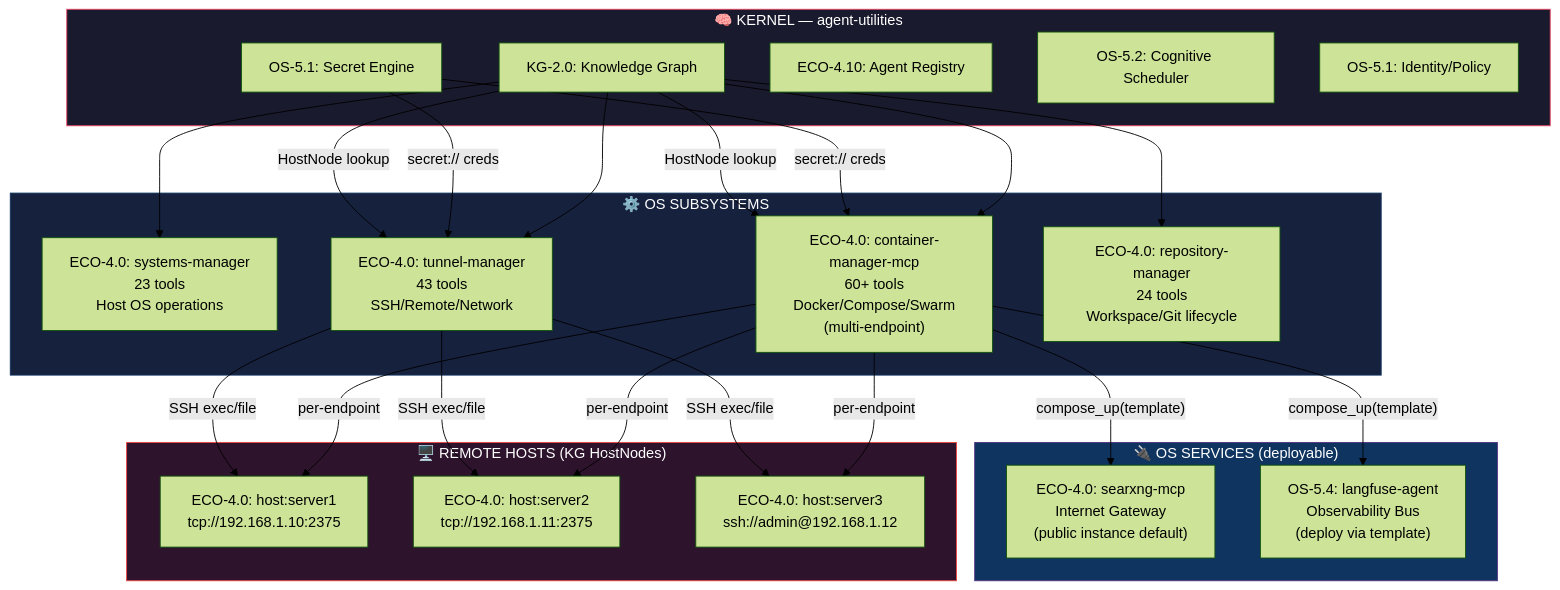
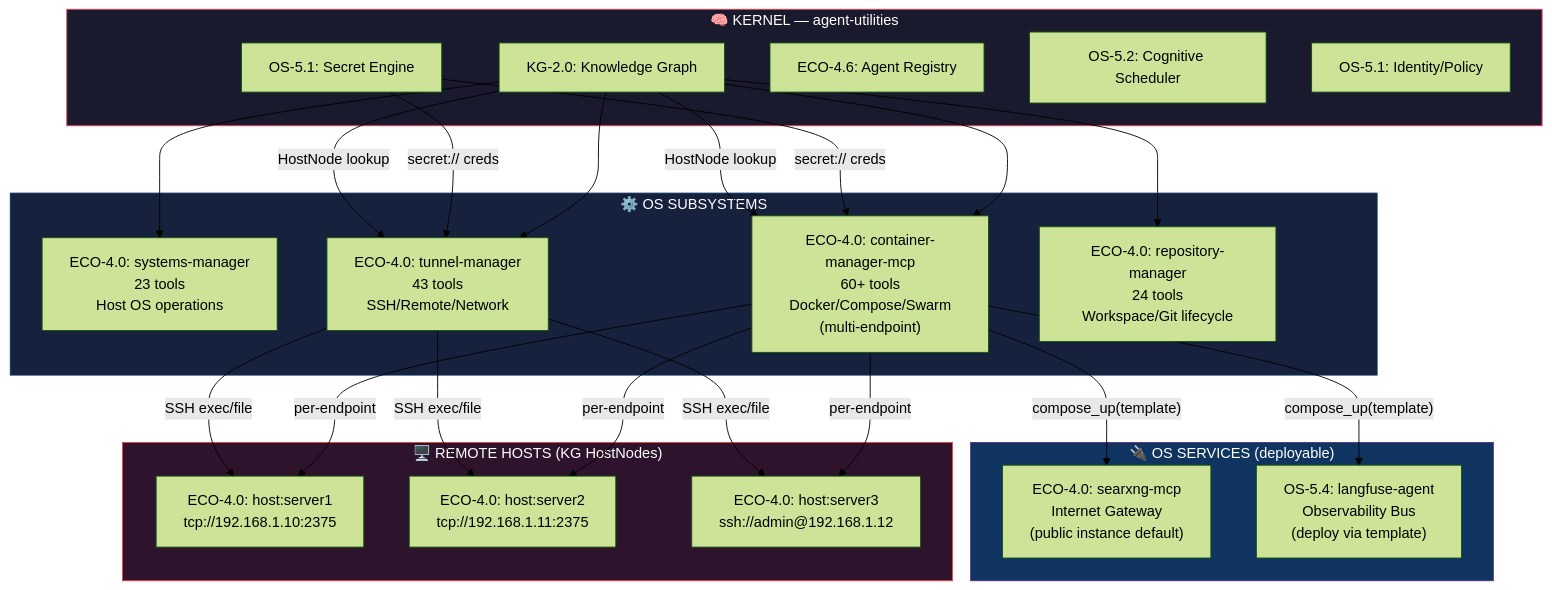
Before and after one commit to Knuckles-Team/agent-utilities: the first of 5 diagrams in docs/guides/agent-os-architecture.md, drawn with Mermaid (forest theme). The commit also changed other lines of this file and 556 other files, not shown here.

````diff
--- a/docs/guides/agent-os-architecture.md
+++ b/docs/guides/agent-os-architecture.md
@@ -11,41 +11,41 @@
 ```mermaid
 graph TB
     subgraph KERNEL["🧠 KERNEL — agent-utilities"]
         KG[KG-2.0: Knowledge Graph]
         SEC[OS-5.1: Secret Engine]
-        REG[ECO-4.10: Agent Registry]
+        REG[ECO-4.6: Agent Registry]
         SCHED[OS-5.2: Cognitive Scheduler]
         ID[OS-5.1: Identity/Policy]
     end
 
     subgraph OS_LAYER["⚙️ OS SUBSYSTEMS"]
         SM["ECO-4.0: systems-manager\n23 tools\nHost OS operations"]
         CM["ECO-4.0: container-manager-mcp\n60+ tools\nDocker/Compose/Swarm\n(multi-endpoint)"]
         TM["ECO-4.0: tunnel-manager\n43 tools\nSSH/Remote/Network"]
         RM["ECO-4.0: repository-manager\n24 tools\nWorkspace/Git lifecycle"]
     end
 
     subgraph OS_SERVICES["🔌 OS SERVICES (deployable)"]
         SX["ECO-4.0: searxng-mcp\nInternet Gateway\n(public instance default)"]
         LF["OS-5.4: langfuse-agent\nObservability Bus\n(deploy via template)"]
     end
 
     subgraph HOSTS["🖥️ REMOTE HOSTS (KG HostNodes)"]
         H1["ECO-4.0: host:server1\ntcp://192.168.1.10:2375"]
         H2["ECO-4.0: host:server2\ntcp://192.168.1.11:2375"]
         H3["ECO-4.0: host:server3\nssh://admin@192.168.1.12"]
     end
 
     KG --> SM & CM & TM & RM
     SEC -->|"secret:// creds"| TM & CM
     KG -->|HostNode lookup| CM
     KG -->|HostNode lookup| TM
     CM -->|"per-endpoint"| H1 & H2 & H3
     TM -->|"SSH exec/file"| H1 & H2 & H3
     CM -->|"compose_up(template)"| SX & LF
 
     style KERNEL fill:#1a1a2e,stroke:#e94560,color:#fff
     style OS_LAYER fill:#16213e,stroke:#0f3460,color:#fff
     style OS_SERVICES fill:#0f3460,stroke:#533483,color:#fff
     style HOSTS fill:#2d132c,stroke:#ee4540,color:#fff
 ```
````
